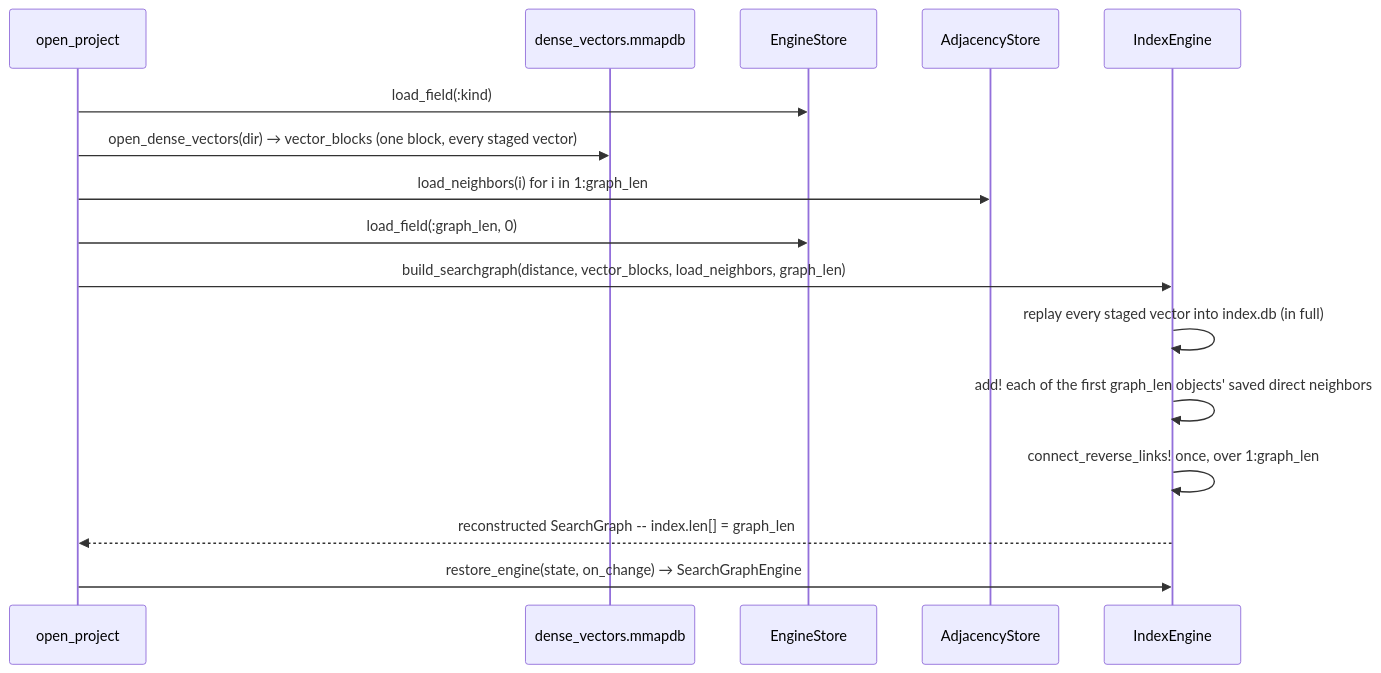
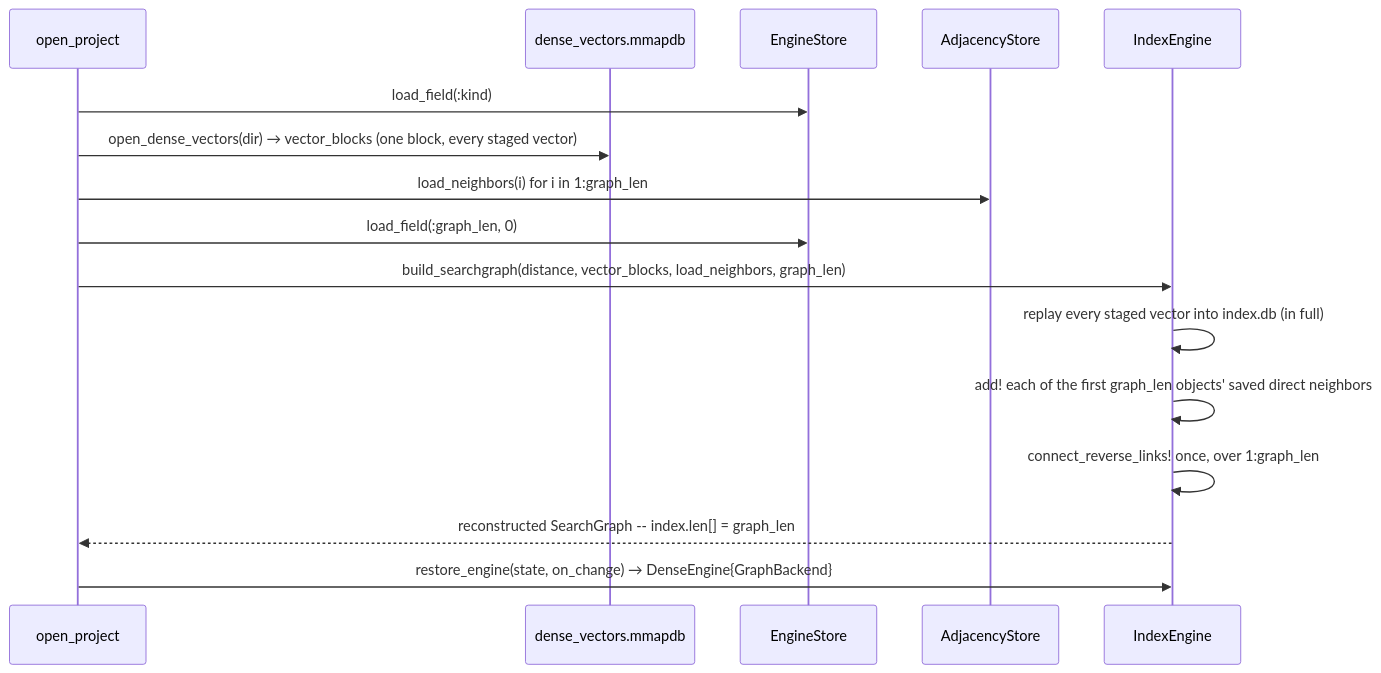
Before and after one commit to sadit/SimilaritySearchEngine.jl: the seventh of 8 diagrams in manual/architecture.qmd, drawn with Mermaid. The commit also changed other lines of this file and 8 other files, not shown here.

First line of the commit message:
Update the documentation for the engine/backend split

````diff
--- a/manual/architecture.qmd
+++ b/manual/architecture.qmd
@@ -423,19 +469,19 @@
 ```{mermaid}
 sequenceDiagram
     participant Caller as open_project
     participant MM as dense_vectors.mmapdb
     participant ES as EngineStore
     participant AS as AdjacencyStore
     participant IE as IndexEngine
 
     Caller->>ES: load_field(:kind)
     Caller->>MM: open_dense_vectors(dir) → vector_blocks (one block, every staged vector)
     Caller->>AS: load_neighbors(i) for i in 1:graph_len
     Caller->>ES: load_field(:graph_len, 0)
     Caller->>IE: build_searchgraph(distance, vector_blocks, load_neighbors, graph_len)
     IE->>IE: replay every staged vector into index.db (in full)
     IE->>IE: add! each of the first graph_len objects' saved direct neighbors
     IE->>IE: connect_reverse_links! once, over 1:graph_len
     IE-->>Caller: reconstructed SearchGraph -- index.len[] = graph_len
-    Caller->>IE: restore_engine(state, on_change) → SearchGraphEngine
+    Caller->>IE: restore_engine(state, on_change) → DenseEngine{GraphBackend}
 ```
````
